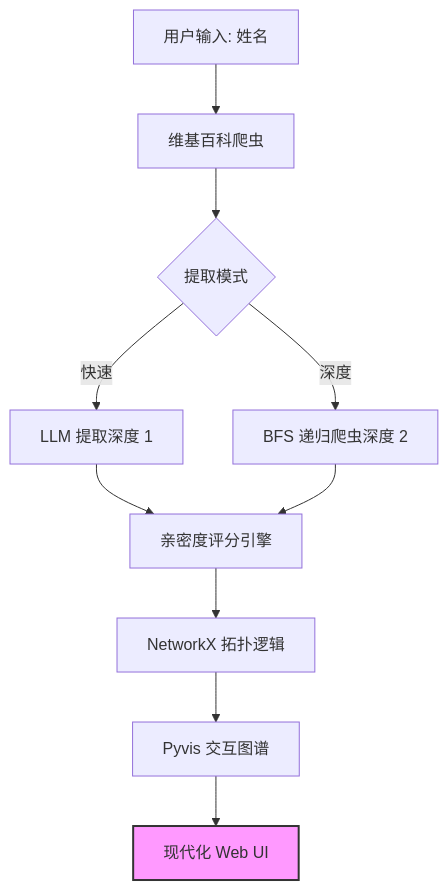
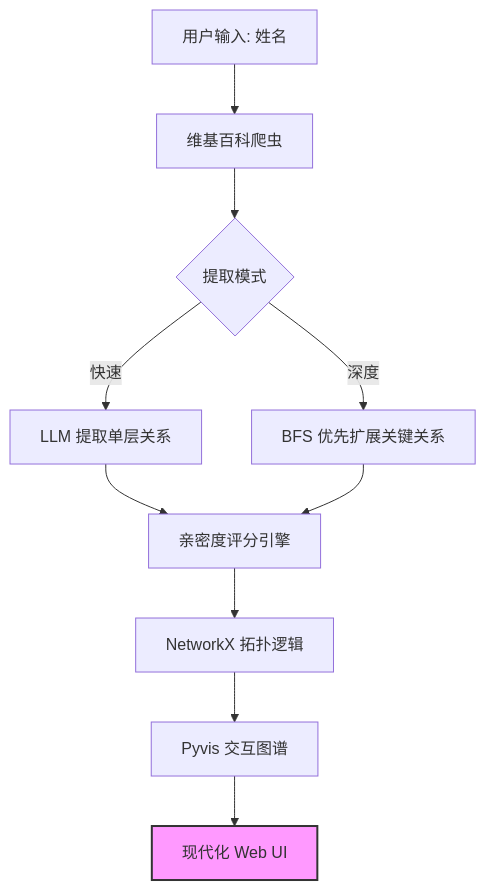
Before and after one commit to zytjmy1/CelebrityRelationsGraph: the first of 2 diagrams in README.md, drawn with Mermaid. The commit also changed other lines of this file and 6 other files, not shown here.

Commit message:
Improve relationship graph experience

````diff
--- a/README.md
+++ b/README.md
@@ -43,13 +44,13 @@
 ```mermaid
 graph TD
     A[用户输入: 姓名] --> B[维基百科爬虫]
     B --> C{提取模式}
-    C -- 快速 --> D[LLM 提取深度 1]
-    C -- 深度 --> E[BFS 递归爬虫深度 2]
+    C -- 快速 --> D[LLM 提取单层关系]
+    C -- 深度 --> E[BFS 优先扩展关键关系]
     D --> F[亲密度评分引擎]
     E --> F
     F --> G[NetworkX 拓扑逻辑]
     G --> H[Pyvis 交互图谱]
     H --> I[现代化 Web UI]
     style I fill:#f9f,stroke:#333,stroke-width:2px
 ```
````
